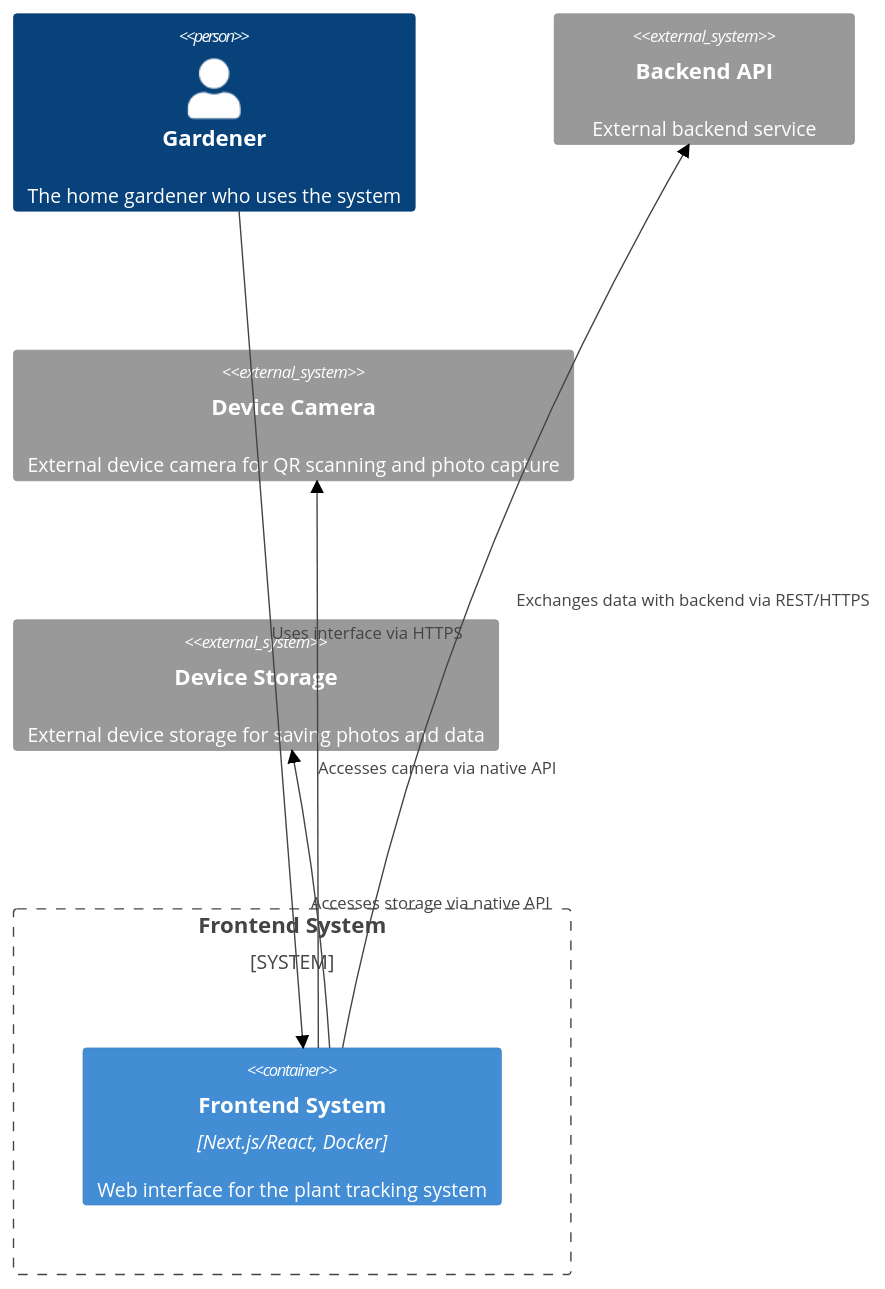
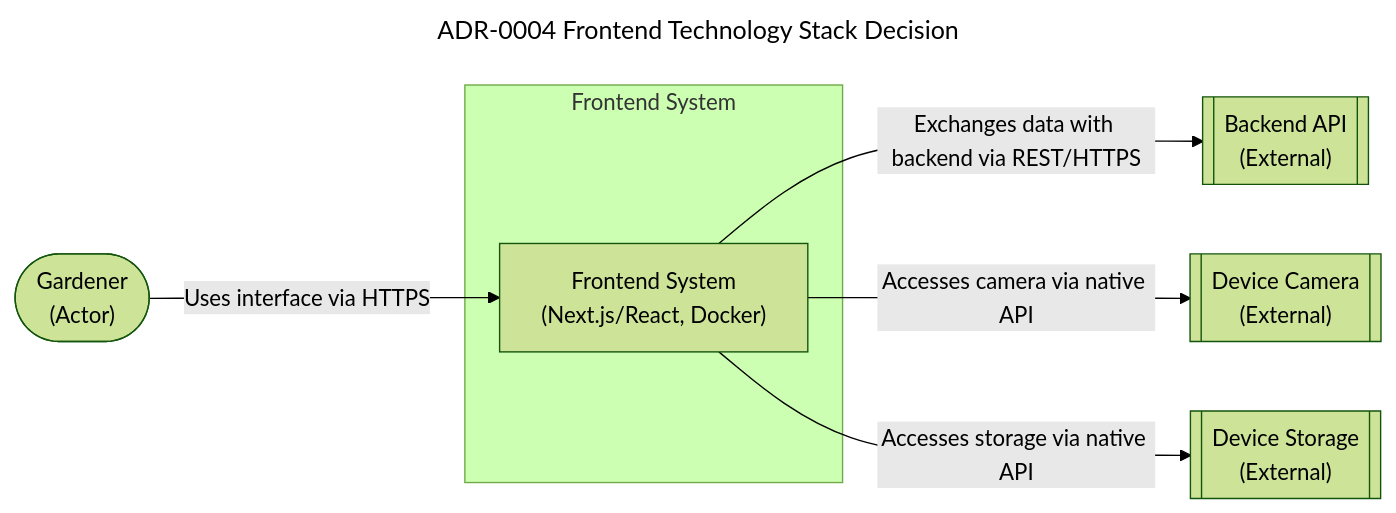
One commit to geraldthewes/plant-tracking changed the diagram in knowledge/architecture/decisions/ADR-0004-frontend-technology-stack.md. Above: the diagram before and after it, drawn with Mermaid (forest theme). The commit also changed 12 other files, not shown here.

````diff
--- a/knowledge/architecture/decisions/ADR-0004-frontend-technology-stack.md
+++ b/knowledge/architecture/decisions/ADR-0004-frontend-technology-stack.md
@@ -81,18 +81,18 @@
 ```mermaid
 ---
 title: ADR-0004 Frontend Technology Stack Decision
 ---
-C4Container
-    Person(gardener, "Gardener", "The home gardener who uses the system")
-    System_Boundary(frontend_system, "Frontend System") {
-        Container(frontend_app, "Frontend System", "Next.js/React, Docker", "Web interface for the plant tracking system")
-    }
-    System_Ext(backend_api, "Backend API", "External backend service")
-    System_Ext(device_camera, "Device Camera", "External device camera for QR scanning and photo capture")
-    System_Ext(device_storage, "Device Storage", "External device storage for saving photos and data")
+flowchart LR
+    gardener(["Gardener\n(Actor)"])
+    subgraph frontend_sys["Frontend System"]
+        frontend_app["Frontend System\n(Next.js/React, Docker)"]
+    end
+    backend_api[["Backend API\n(External)"]]
+    device_camera[["Device Camera\n(External)"]]
+    device_storage[["Device Storage\n(External)"]]
 
-    Rel(gardener, frontend_app, "Uses interface via HTTPS")
-    Rel(frontend_app, backend_api, "Exchanges data with backend via REST/HTTPS")
-    Rel(frontend_app, device_camera, "Accesses camera via native API")
-    Rel(frontend_app, device_storage, "Accesses storage via native API")
+    gardener -->|"Uses interface via HTTPS"| frontend_app
+    frontend_app -->|"Exchanges data with backend via REST/HTTPS"| backend_api
+    frontend_app -->|"Accesses camera via native API"| device_camera
+    frontend_app -->|"Accesses storage via native API"| device_storage
 ```
````
